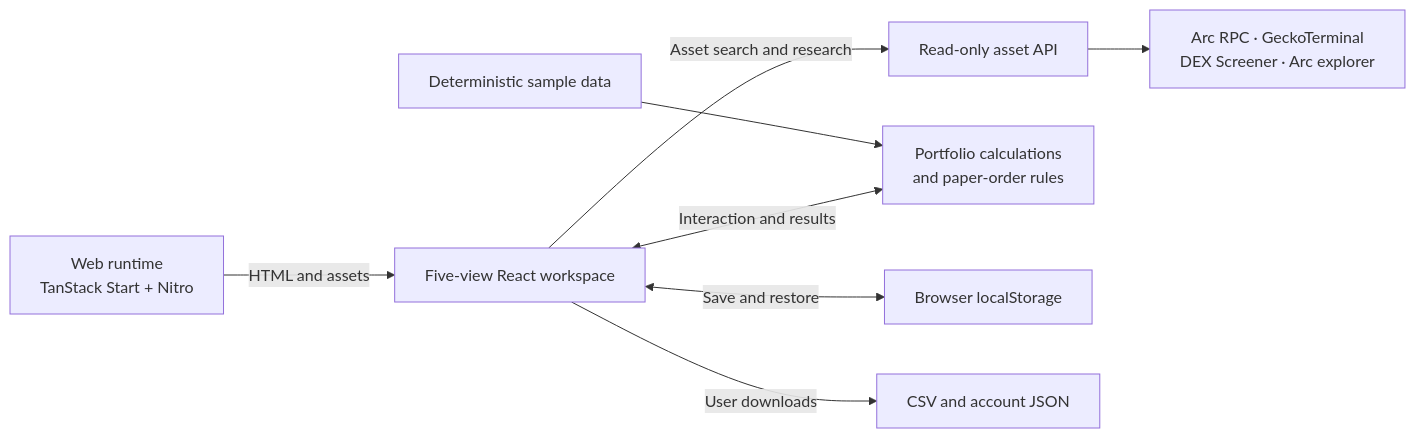
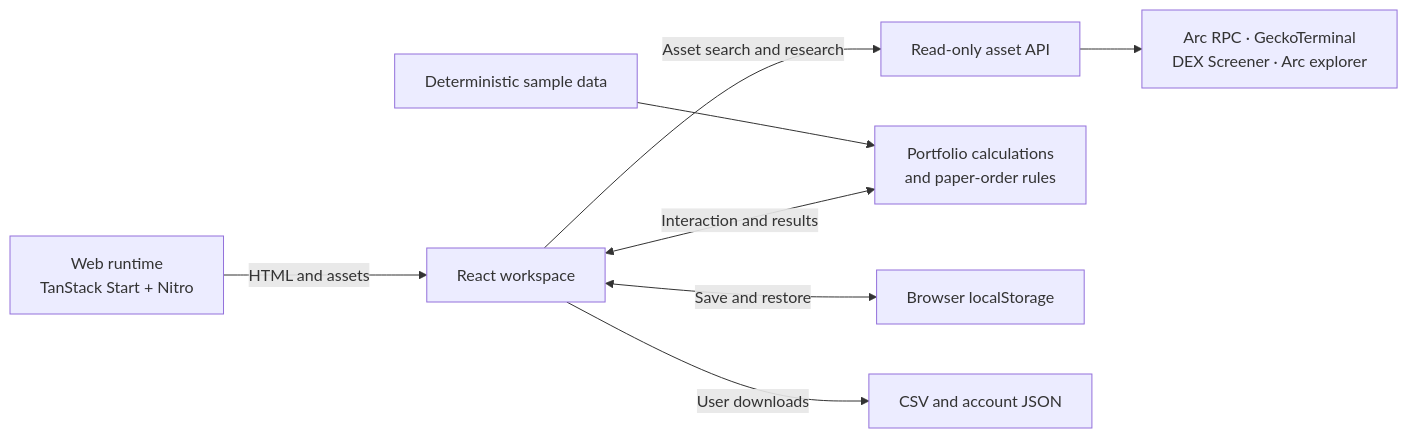
One commit to ArcwellLabs/arcwell-public changed the diagram in README.md. Above: the diagram before and after it, drawn with Mermaid. The commit also changed other lines of this file and 1 other file, not shown here.

````diff
--- a/README.md
+++ b/README.md
@@ -121,10 +131,10 @@
 ```mermaid
 flowchart LR
-    Runtime["Web runtime<br/>TanStack Start + Nitro"] -->|"HTML and assets"| UI["Five-view React workspace"]
+    Runtime["Web runtime<br/>TanStack Start + Nitro"] -->|"HTML and assets"| UI["React workspace"]
     UI -->|"Asset search and research"| API["Read-only asset API"]
     API --> Sources["Arc RPC · GeckoTerminal<br/>DEX Screener · Arc explorer"]
     Fixtures["Deterministic sample data"] --> Logic["Portfolio calculations<br/>and paper-order rules"]
     UI <-->|"Interaction and results"| Logic
     UI <-->|"Save and restore"| Store["Browser localStorage"]
     UI -->|"User downloads"| Export["CSV and account JSON"]
 ```
````
